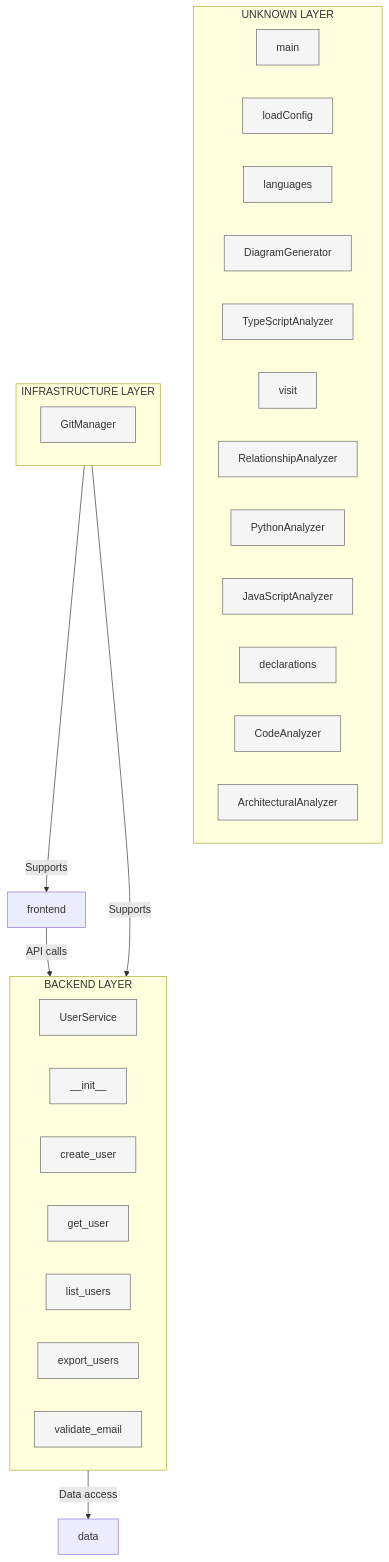
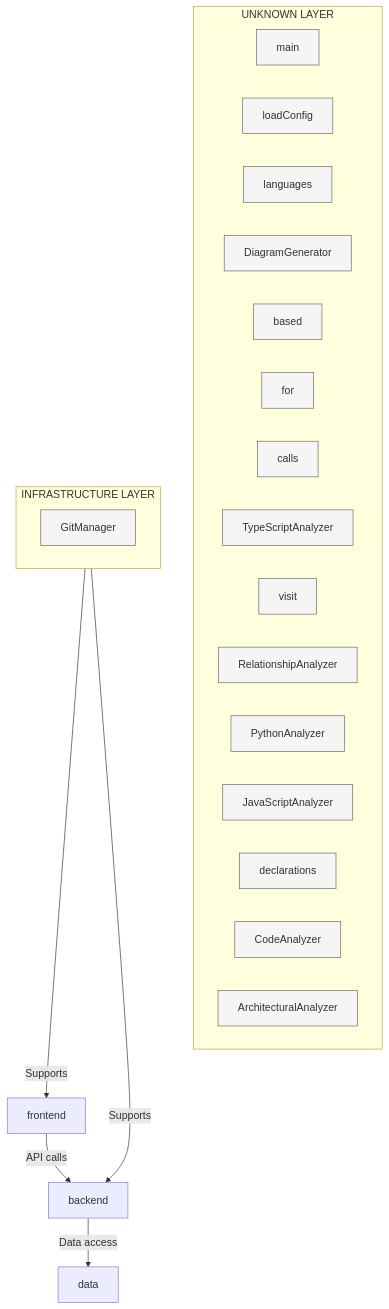
One commit to samjhill/diagrammer changed the diagram in docs/architecture/layeredArchitecture.md. Above: the diagram before and after it, drawn with Mermaid. The commit also changed other lines of this file and 7 other files, not shown here.

Commit message:
docs: Update architecture diagrams [skip ci]

````diff
--- a/docs/architecture/layeredArchitecture.md
+++ b/docs/architecture/layeredArchitecture.md
@@ -5,67 +7,55 @@
 ```mermaid
 graph TB
   classDef frontend fill:#e3f2fd,stroke:#1976d2,stroke-width:3px
   classDef backend fill:#e8f5e8,stroke:#388e3c,stroke-width:3px
   classDef data fill:#fff3e0,stroke:#f57c00,stroke-width:3px
   classDef infrastructure fill:#f3e5f5,stroke:#7b1fa2,stroke-width:3px
   classDef component fill:#f5f5f5,stroke:#666,stroke-width:1px
 
   subgraph unknown["UNKNOWN LAYER"]
     classDef unknownClass fill:#f5f5f5,stroke:#666,stroke-width:1px
     main["main"]
     main:::component
     loadConfig["loadConfig"]
     loadConfig:::component
     languages["languages"]
     languages:::component
     DiagramGenerator["DiagramGenerator"]
     DiagramGenerator:::component
+    based["based"]
+    based:::component
+    for["for"]
+    for:::component
+    calls["calls"]
+    calls:::component
     TypeScriptAnalyzer["TypeScriptAnalyzer"]
     TypeScriptAnalyzer:::component
     visit["visit"]
     visit:::component
     RelationshipAnalyzer["RelationshipAnalyzer"]
     RelationshipAnalyzer:::component
     PythonAnalyzer["PythonAnalyzer"]
     PythonAnalyzer:::component
     JavaScriptAnalyzer["JavaScriptAnalyzer"]
     JavaScriptAnalyzer:::component
     declarations["declarations"]
     declarations:::component
     CodeAnalyzer["CodeAnalyzer"]
     CodeAnalyzer:::component
     ArchitecturalAnalyzer["ArchitecturalAnalyzer"]
     ArchitecturalAnalyzer:::component
   end
 
   subgraph infrastructure["INFRASTRUCTURE LAYER"]
     classDef infrastructureClass fill:#f5f5f5,stroke:#666,stroke-width:1px
     GitManager["GitManager"]
     GitManager:::component
   end
 
-  subgraph backend["BACKEND LAYER"]
-    classDef backendClass fill:#f5f5f5,stroke:#666,stroke-width:1px
-    UserService["UserService"]
-    UserService:::component
-    __init__["__init__"]
-    __init__:::component
-    create_user["create_user"]
-    create_user:::component
-    get_user["get_user"]
-    get_user:::component
-    list_users["list_users"]
-    list_users:::component
-    export_users["export_users"]
-    export_users:::component
-    validate_email["validate_email"]
-    validate_email:::component
-  end
-
   %% Layer relationships
   frontend -->|API calls| backend
   backend -->|Data access| data
   infrastructure -->|Supports| frontend
   infrastructure -->|Supports| backend
 
 ```
````
